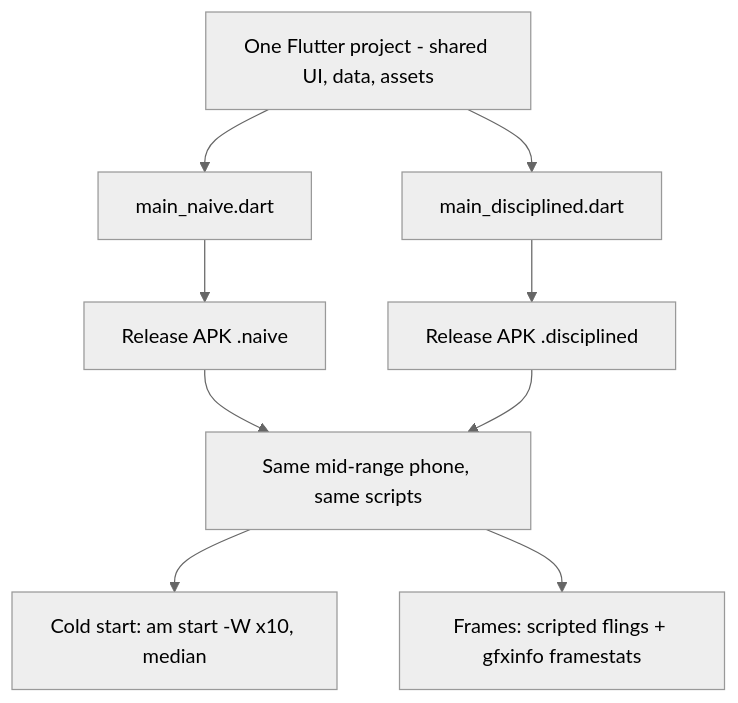
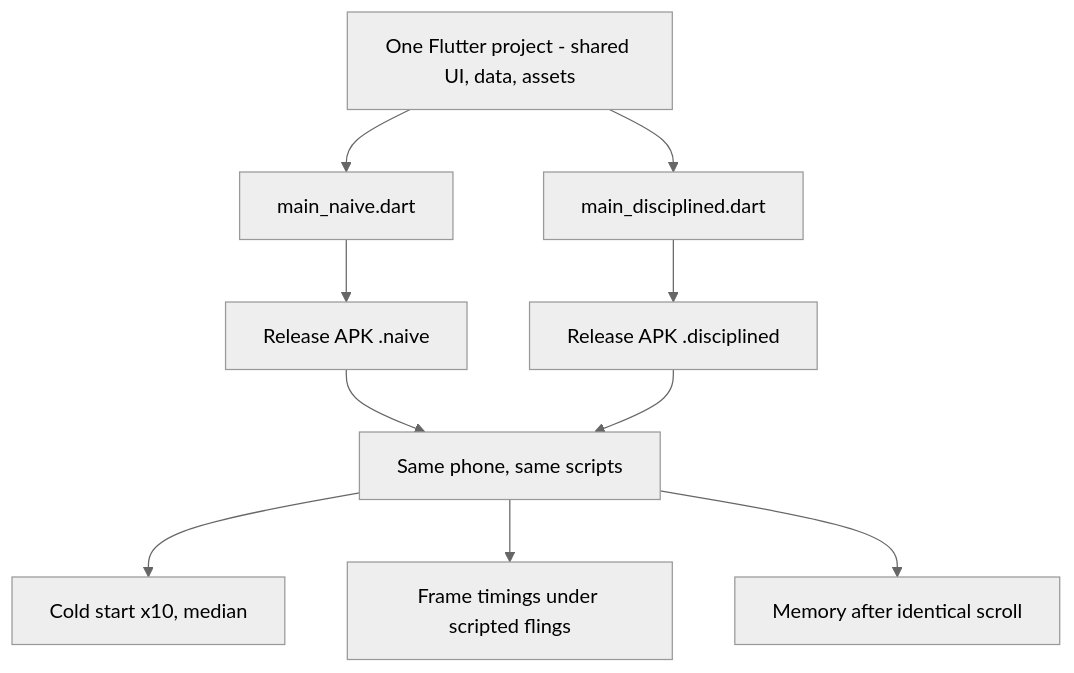
Before and after one commit to daipv92/blog: the second of 2 diagrams in src/content/posts/is-the-framework-really-why-your-app-is-slow.md, drawn with Mermaid (neutral theme). The commit also changed other lines of this file and 2 other files, not shown here.

````diff
--- a/src/content/posts/is-the-framework-really-why-your-app-is-slow.md
+++ b/src/content/posts/is-the-framework-really-why-your-app-is-slow.md
@@ -136,11 +136,12 @@
 ```mermaid
 flowchart TD
   P[One Flutter project - shared UI, data, assets] --> N[main_naive.dart]
   P --> D[main_disciplined.dart]
   N --> B1[Release APK .naive]
   D --> B2[Release APK .disciplined]
-  B1 --> M[Same mid-range phone, same scripts]
+  B1 --> M[Same phone, same scripts]
   B2 --> M
-  M --> R1[Cold start: am start -W x10, median]
-  M --> R2[Frames: scripted flings + gfxinfo framestats]
+  M --> R1[Cold start x10, median]
+  M --> R2[Frame timings under scripted flings]
+  M --> R3[Memory after identical scroll]
 ```
````
